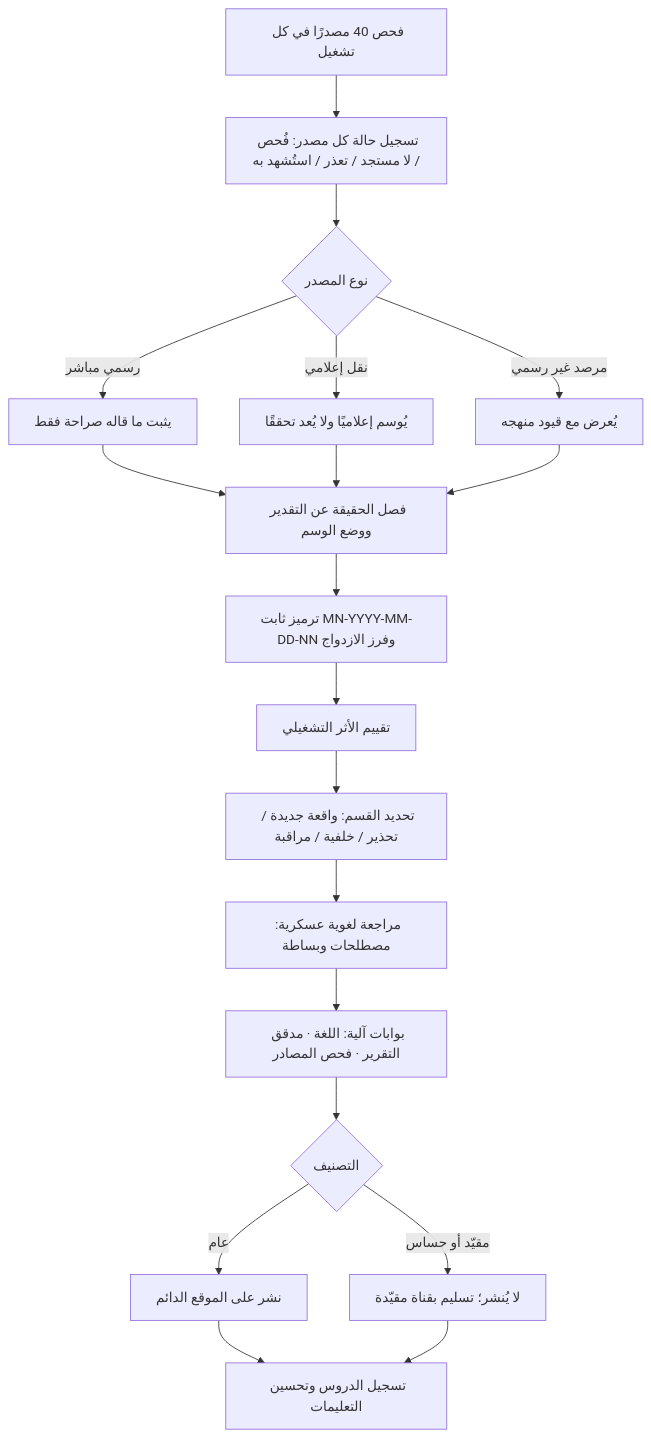
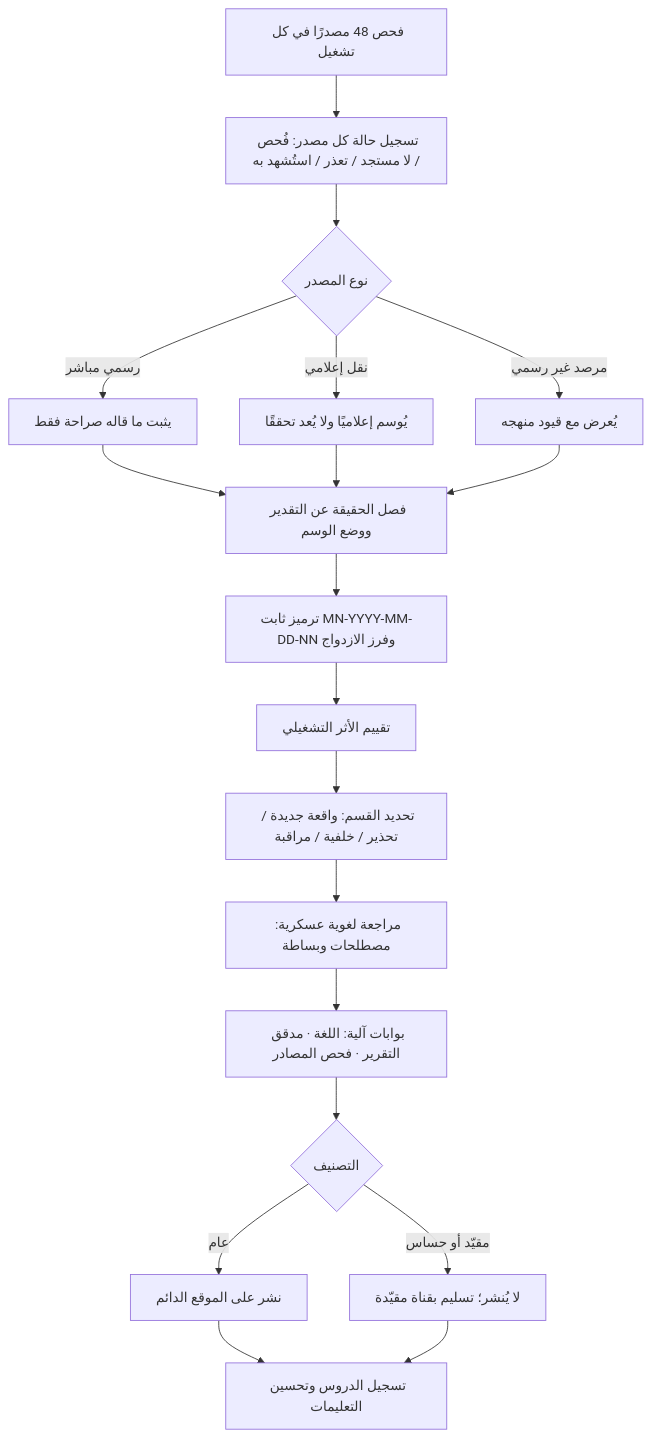
Before and after one commit to fahadaldoseri/mda-marine-system: the diagram in brain/docs/دليل-التقرير-اليومي-النوع-والتغطية-والإجراءات.md, drawn with Mermaid. The commit also changed other lines of this file and 28 other files, not shown here.

````diff
--- a/brain/docs/دليل-التقرير-اليومي-النوع-والتغطية-والإجراءات.md
+++ b/brain/docs/دليل-التقرير-اليومي-النوع-والتغطية-والإجراءات.md
@@ -98,21 +98,21 @@
 ```mermaid
 flowchart TD
-    A[فحص 40 مصدرًا في كل تشغيل] --> B[تسجيل حالة كل مصدر: فُحص / لا مستجد / تعذر / استُشهد به]
+    A[فحص 48 مصدرًا في كل تشغيل] --> B[تسجيل حالة كل مصدر: فُحص / لا مستجد / تعذر / استُشهد به]
     B --> C{نوع المصدر}
     C -->|رسمي مباشر| D[يثبت ما قاله صراحة فقط]
     C -->|نقل إعلامي| E[يُوسم إعلاميًا ولا يُعد تحققًا]
     C -->|مرصد غير رسمي| F[يُعرض مع قيود منهجه]
     D --> G[فصل الحقيقة عن التقدير ووضع الوسم]
     E --> G
     F --> G
     G --> H[ترميز ثابت MN-YYYY-MM-DD-NN وفرز الازدواج]
     H --> I[تقييم الأثر التشغيلي]
     I --> J[تحديد القسم: واقعة جديدة / تحذير / خلفية / مراقبة]
     J --> K[مراجعة لغوية عسكرية: مصطلحات وبساطة]
     K --> L[بوابات آلية: اللغة · مدقق التقرير · فحص المصادر]
     L --> M{التصنيف}
     M -->|عام| N[نشر على الموقع الدائم]
     M -->|مقيّد أو حساس| O[لا يُنشر؛ تسليم بقناة مقيّدة]
     N --> P[تسجيل الدروس وتحسين التعليمات]
     O --> P
 ```
````
